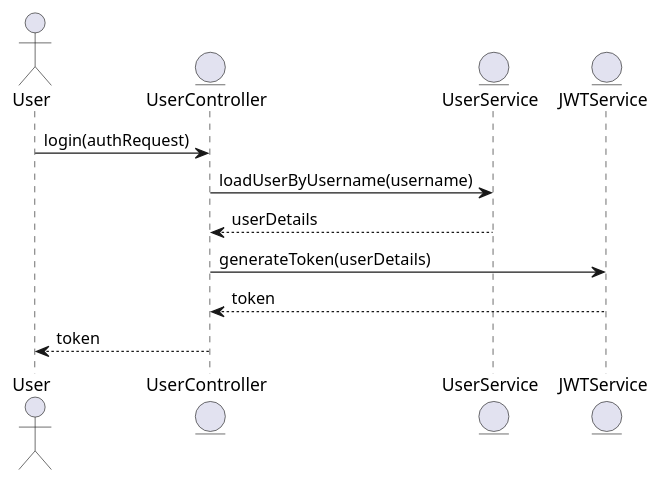
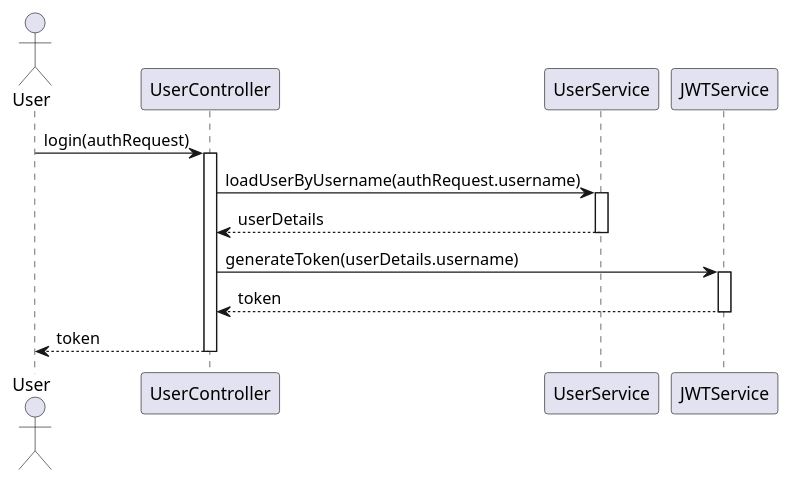
The second of 5 diagrams in identityprovider/documentation/detaileddesign.adoc (Dinesh-s95/AutoDoc.ai), drawn with PlantUML before and after one commit. The commit also changed other lines of this file and 4 other files, not shown here.

```diff
--- a/identityprovider/documentation/detaileddesign.adoc
+++ b/identityprovider/documentation/detaileddesign.adoc
@@ -316,16 +294,25 @@
-[plantuml, authentication-login-flow, png]
+[plantuml, authentication-sequence, png]
 ----
 @startuml
 actor User
-entity UserController
-entity UserService
-entity JWTService
+participant UserController
+participant UserService
+participant JWTService
 
 User -> UserController : login(authRequest)
-UserController -> UserService : loadUserByUsername(username)
+activate UserController
+
+UserController -> UserService : loadUserByUsername(authRequest.username)
+activate UserService
 UserService --> UserController : userDetails
-UserController -> JWTService : generateToken(userDetails)
+deactivate UserService
+
+UserController -> JWTService : generateToken(userDetails.username)
+activate JWTService
 JWTService --> UserController : token
+deactivate JWTService
+
 UserController --> User : token
+deactivate UserController
 @enduml
 ----
```
